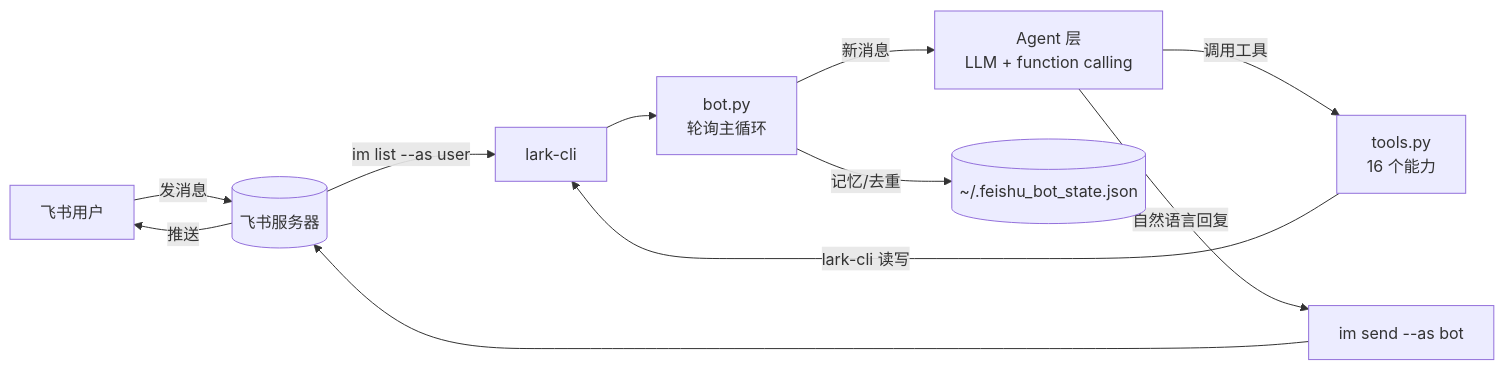
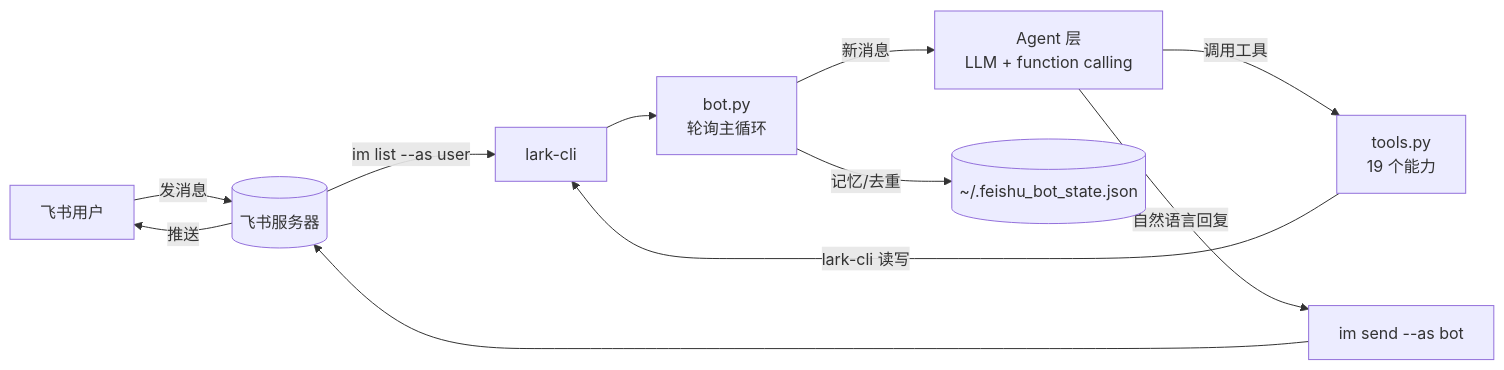
Before and after one commit to cangyuyi/feishu-cli-bot: the first of 2 diagrams in docs/ARCHITECTURE.md, drawn with Mermaid. The commit also changed other lines of this file and 4 other files, not shown here.

````diff
--- a/docs/ARCHITECTURE.md
+++ b/docs/ARCHITECTURE.md
@@ -19,13 +19,13 @@
 ```mermaid
 flowchart LR
     U[飞书用户] -->|发消息| FS[(飞书服务器)]
     FS -->|im list --as user| CLI[lark-cli]
     CLI --> Poll[bot.py\n轮询主循环]
     Poll -->|新消息| Agent[Agent 层\nLLM + function calling]
-    Agent -->|调用工具| T[tools.py\n16 个能力]
+    Agent -->|调用工具| T[tools.py\n19 个能力]
     T -->|lark-cli 读写| CLI
     Agent -->|自然语言回复| Send[im send --as bot]
     Send --> FS
     FS -->|推送| U
     Poll -->|记忆/去重| State[(~/.feishu_bot_state.json)]
 ```
````
